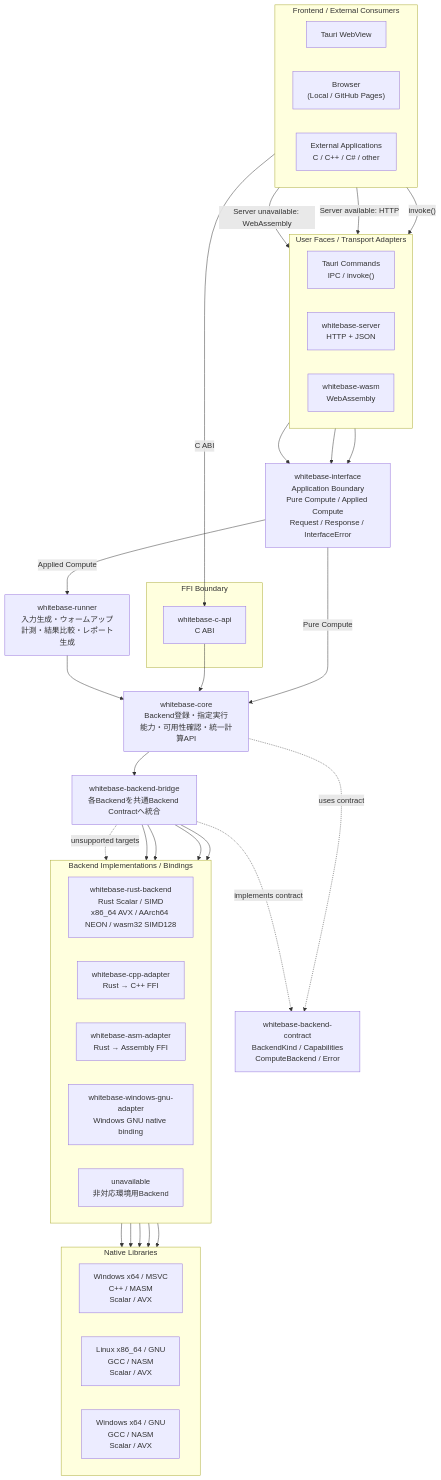
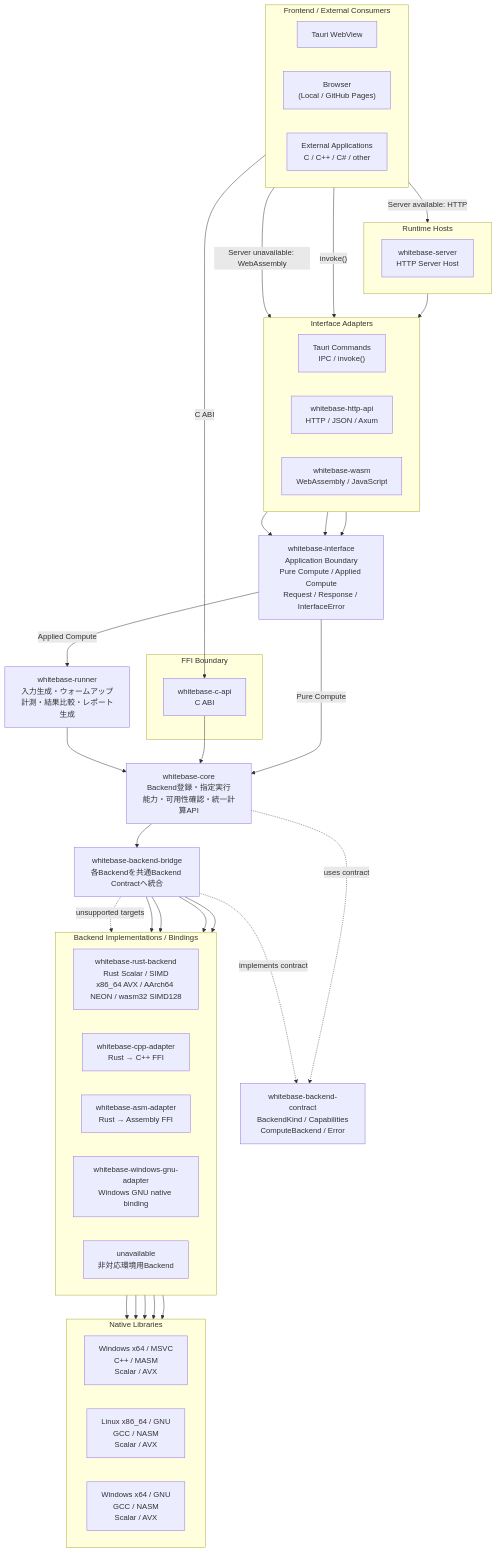
One commit to Hokutaka/Whitebase changed the diagram in docs/diagrams/structure/architecture.mmd. Above: the diagram before and after it, drawn with Mermaid. The commit also changed 13 other files, not shown here.

First line of the commit message:
HTTP Interface Adapterをwhitebase-http-api crateへ分離する (#39)

```diff
--- a/docs/diagrams/structure/architecture.mmd
+++ b/docs/diagrams/structure/architecture.mmd
@@ -1,112 +1,119 @@
 flowchart TB
     subgraph Frontends["Frontend / External Consumers"]
         direction LR
         Tauri["Tauri WebView"]
         Browser["Browser<br/>(Local / GitHub Pages)"]
         External["External Applications<br/>C / C++ / C# / other"]
     end
 
-    subgraph UserFaces["User Faces / Transport Adapters"]
+   subgraph RuntimeHosts["Runtime Hosts"]
+        direction LR
+        HttpServer["whitebase-server<br/>HTTP Server Host"]
+    end
+
+    subgraph InterfaceAdapters["Interface Adapters"]
         direction LR
         TauriCommand["Tauri Commands<br/>IPC / invoke()"]
-        HttpServer["whitebase-server<br/>HTTP + JSON"]
-        Wasm["whitebase-wasm<br/>WebAssembly"]
+        HttpApi["whitebase-http-api<br/>HTTP / JSON / Axum"]
+        Wasm["whitebase-wasm<br/>WebAssembly / JavaScript"]
     end
 
     ApplicationInterface["whitebase-interface<br/>Application Boundary<br/>Pure Compute / Applied Compute<br/>Request / Response / InterfaceError"]
 
     subgraph FfiBoundary["FFI Boundary"]
         CApi["whitebase-c-api<br/>C ABI"]
     end
 
     Runner["whitebase-runner<br/>入力生成・ウォームアップ<br/>計測・結果比較・レポート生成"]
 
     Core["whitebase-core<br/>Backend登録・指定実行<br/>能力・可用性確認・統一計算API"]
 
     BackendContract["whitebase-backend-contract<br/>BackendKind / Capabilities<br/>ComputeBackend / Error"]
 
     Bridge["whitebase-backend-bridge<br/>各Backendを共通Backend Contractへ統合"]
 
     subgraph BackendConnections["Backend Implementations / Bindings"]
         direction LR
 
         RustBackend["whitebase-rust-backend<br/>Rust Scalar / SIMD<br/>x86_64 AVX / AArch64 NEON / wasm32 SIMD128"]
 
         CppAdapter["whitebase-cpp-adapter<br/>Rust → C++ FFI"]
 
         AssemblyAdapter["whitebase-asm-adapter<br/>Rust → Assembly FFI"]
 
         WindowsGnuAdapter["whitebase-windows-gnu-adapter<br/>Windows GNU native binding"]
 
         Unavailable["unavailable<br/>非対応環境用Backend"]
     end
 
     subgraph NativeLibraries["Native Libraries"]
         direction LR
 
         MsvcNative["Windows x64 / MSVC<br/>C++ / MASM<br/>Scalar / AVX"]
 
         LinuxNative["Linux x86_64 / GNU<br/>GCC / NASM<br/>Scalar / AVX"]
 
         WindowsGnuNative["Windows x64 / GNU<br/>GCC / NASM<br/>Scalar / AVX"]
     end
 
     %% --------------------------------------------------------
     %% Entry routes
     %% --------------------------------------------------------
 
     Tauri -->|"invoke()"| TauriCommand
 
     Browser -->|"Server available: HTTP"| HttpServer
     Browser -->|"Server unavailable: WebAssembly"| Wasm
 
     External -->|"C ABI"| CApi
 
+    HttpServer --> HttpApi
+
     %% --------------------------------------------------------
-    %% User faces → Application Boundary
+    %% Interface Adapters → Application Boundary
     %% --------------------------------------------------------
 
     TauriCommand --> ApplicationInterface
-    HttpServer --> ApplicationInterface
+    HttpApi --> ApplicationInterface
     Wasm --> ApplicationInterface
 
     %% --------------------------------------------------------
     %% Application Boundary → Compute layers
     %% --------------------------------------------------------
 
     ApplicationInterface -->|"Applied Compute"| Runner
     ApplicationInterface -->|"Pure Compute"| Core
 
     CApi --> Core
 
     %% --------------------------------------------------------
     %% Common execution path
     %% --------------------------------------------------------
 
     Runner --> Core
     Core --> Bridge
 
     Core -. "uses contract" .-> BackendContract
     Bridge -. "implements contract" .-> BackendContract
 
     %% --------------------------------------------------------
     %% Backend routing
     %% --------------------------------------------------------
 
     Bridge --> RustBackend
     Bridge --> CppAdapter
     Bridge --> AssemblyAdapter
     Bridge --> WindowsGnuAdapter
     Bridge -. "unsupported targets" .-> Unavailable
 
     %% --------------------------------------------------------
     %% Native implementations
     %% --------------------------------------------------------
 
     CppAdapter --> MsvcNative
     CppAdapter --> LinuxNative
 
     AssemblyAdapter --> MsvcNative
     AssemblyAdapter --> LinuxNative
 
     WindowsGnuAdapter --> WindowsGnuNative
```
